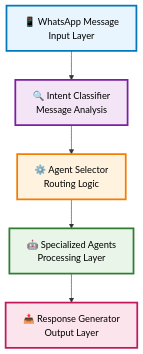
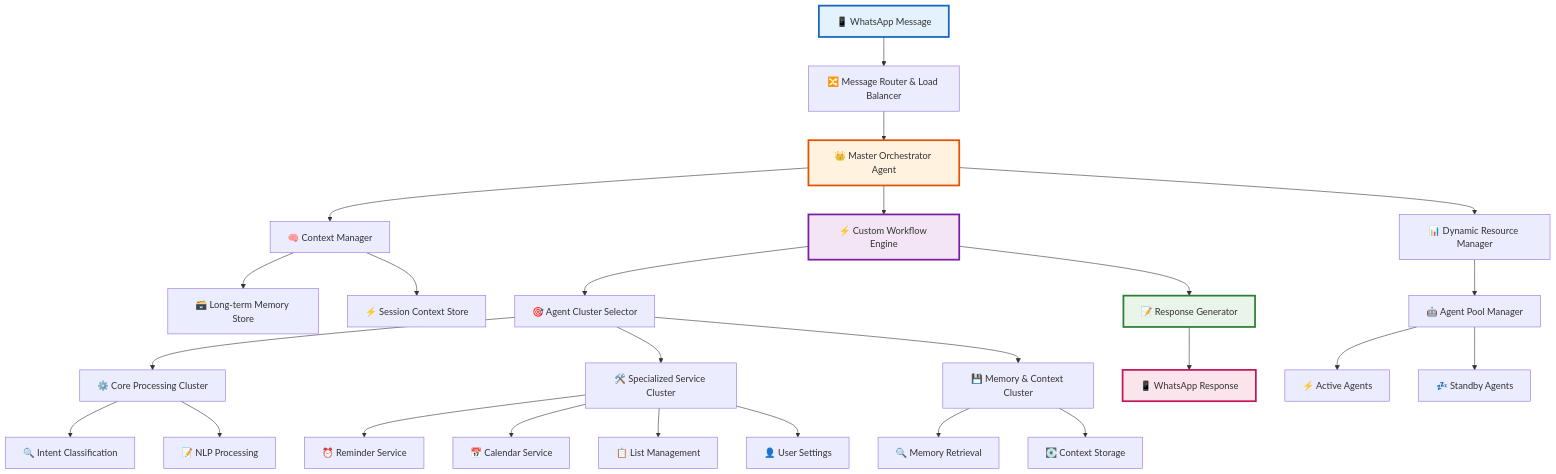
One commit to KaifAhmad1/memorae changed the second of 4 diagrams in README.md. Above: the diagram before and after it, drawn with Mermaid. The commit also changed other lines of this file, not shown here.

````diff
--- a/README.md
+++ b/README.md
@@ -17,13 +93,45 @@
 ```mermaid
 flowchart TD
-    A["📱 WhatsApp Message<br/>Input Layer"] --> B["🔍 Intent Classifier<br/>Message Analysis"]
-    B --> C["⚙️ Agent Selector<br/>Routing Logic"]
-    C --> D["🤖 Specialized Agents<br/>Processing Layer"]
-    D --> E["📤 Response Generator<br/>Output Layer"]
-    
-    style A fill:#e8f5fe,stroke:#0277bd,stroke-width:3px,color:#000
-    style B fill:#f3e5f5,stroke:#7b1fa2,stroke-width:3px,color:#000
-    style C fill:#fff3e0,stroke:#f57c00,stroke-width:3px,color:#000
-    style D fill:#e8f5e8,stroke:#2e7d32,stroke-width:3px,color:#000
-    style E fill:#fce4ec,stroke:#c2185b,stroke-width:3px,color:#000
+    A[📱 WhatsApp Message] --> B[🔀 Message Router & Load Balancer]
+    B --> C[👑 Master Orchestrator Agent]
+
+    C --> D[🧠 Context Manager]
+    C --> E[⚡ Custom Workflow Engine]
+    C --> F[📊 Dynamic Resource Manager]
+
+    E --> G[🎯 Agent Cluster Selector]
+
+    G --> H[⚙️ Core Processing Cluster]
+    G --> I[🛠️ Specialized Service Cluster]
+    G --> J[💾 Memory & Context Cluster]
+
+    H --> H1[🔍 Intent Classification]
+    H --> H2[📝 NLP Processing]
+
+    I --> I1[⏰ Reminder Service]
+    I --> I2[📅 Calendar Service]
+    I --> I3[📋 List Management]
+    I --> I4[👤 User Settings]
+
+    J --> J1[🔍 Memory Retrieval]
+    J --> J2[💽 Context Storage]
+
+    D --> K[🗃️ Long-term Memory Store]
+    D --> L[⚡ Session Context Store]
+
+    F --> M[🤖 Agent Pool Manager]
+
+    M --> N[⚡ Active Agents]
+    M --> O[💤 Standby Agents]
+
+    E --> P[📝 Response Generator]
+    P --> Q[📱 WhatsApp Response]
+
+    %% Styling
+    style A fill:#e3f2fd,stroke:#1565c0,stroke-width:3px
+    style C fill:#fff3e0,stroke:#e65100,stroke-width:3px
+    style E fill:#f3e5f5,stroke:#7b1fa2,stroke-width:3px
+    style P fill:#e8f5e8,stroke:#2e7d32,stroke-width:3px
+    style Q fill:#fce4ec,stroke:#c2185b,stroke-width:3px
+
 ```
````
